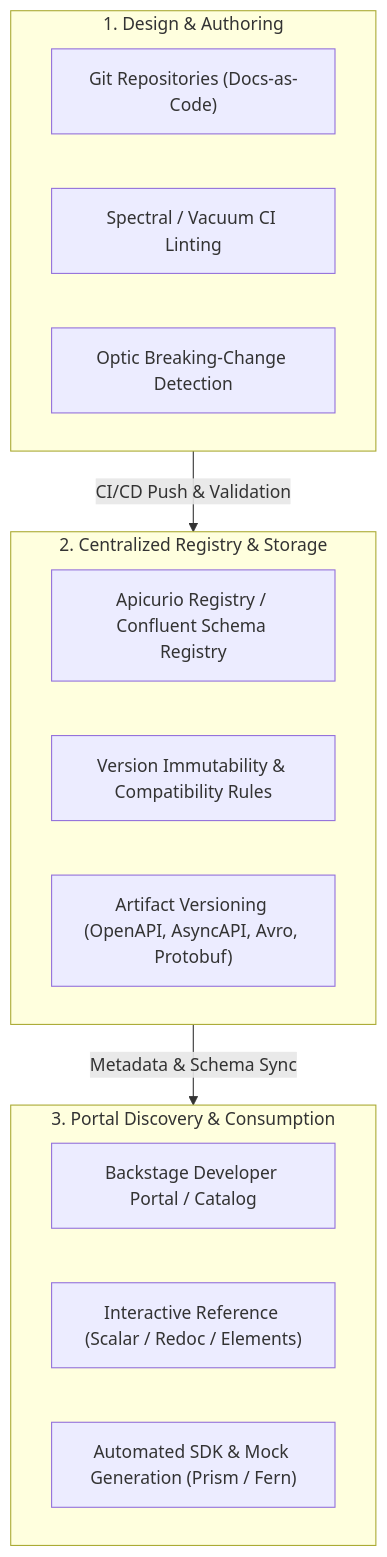
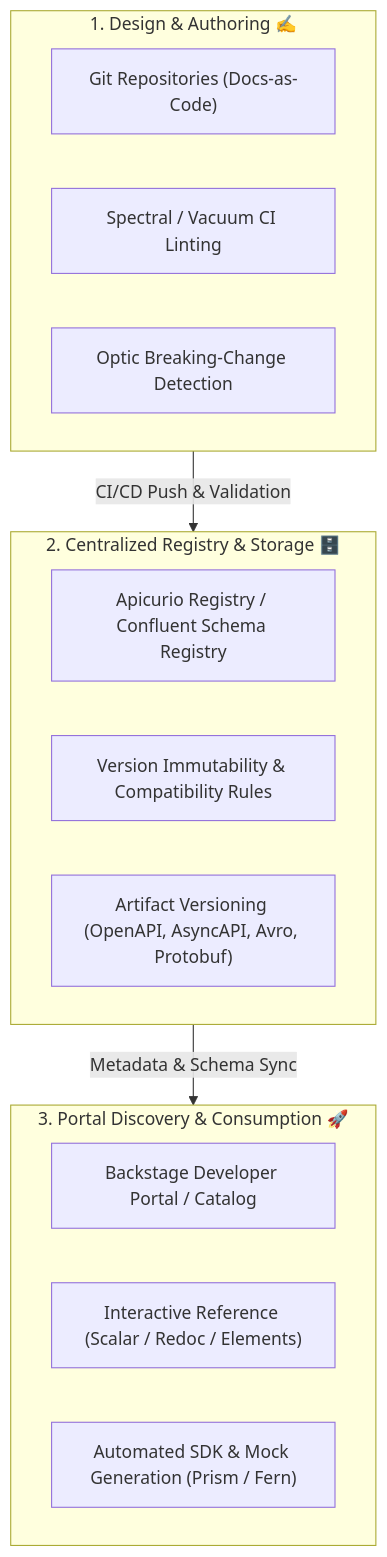
The diagram in README.md (ishandutta2007/Awesome-Centralized-API-Specifications-Repository), drawn with Mermaid before and after one commit. The commit also changed other lines of this file and 1 other file, not shown here.

Commit message:
Add animated banner SVG, emoji decor, community badges, Support section, and Star History chart

````diff
--- a/README.md
+++ b/README.md
@@ -76,23 +89,23 @@
 ```mermaid
 flowchart TD
-    subgraph Authoring["1. Design & Authoring"]
+    subgraph Authoring["1. Design & Authoring ✍️"]
         A1["Git Repositories (Docs-as-Code)"]
         A2["Spectral / Vacuum CI Linting"]
         A3["Optic Breaking-Change Detection"]
     end
 
-    subgraph Registry["2. Centralized Registry & Storage"]
+    subgraph Registry["2. Centralized Registry & Storage 🗄️"]
         B1["Apicurio Registry / Confluent Schema Registry"]
         B2["Version Immutability & Compatibility Rules"]
         B3["Artifact Versioning (OpenAPI, AsyncAPI, Avro, Protobuf)"]
     end
 
-    subgraph Discovery["3. Portal Discovery & Consumption"]
+    subgraph Discovery["3. Portal Discovery & Consumption 🚀"]
         C1["Backstage Developer Portal / Catalog"]
         C2["Interactive Reference (Scalar / Redoc / Elements)"]
         C3["Automated SDK & Mock Generation (Prism / Fern)"]
     end
 
     Authoring -->|CI/CD Push & Validation| Registry
     Registry -->|Metadata & Schema Sync| Discovery
 ```
````
